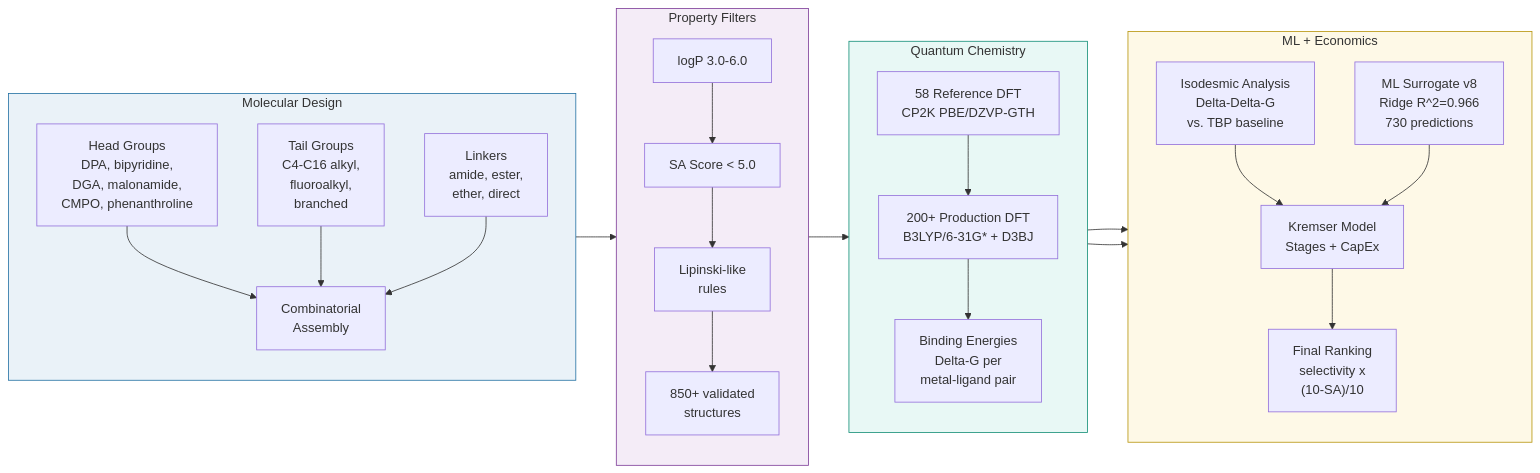
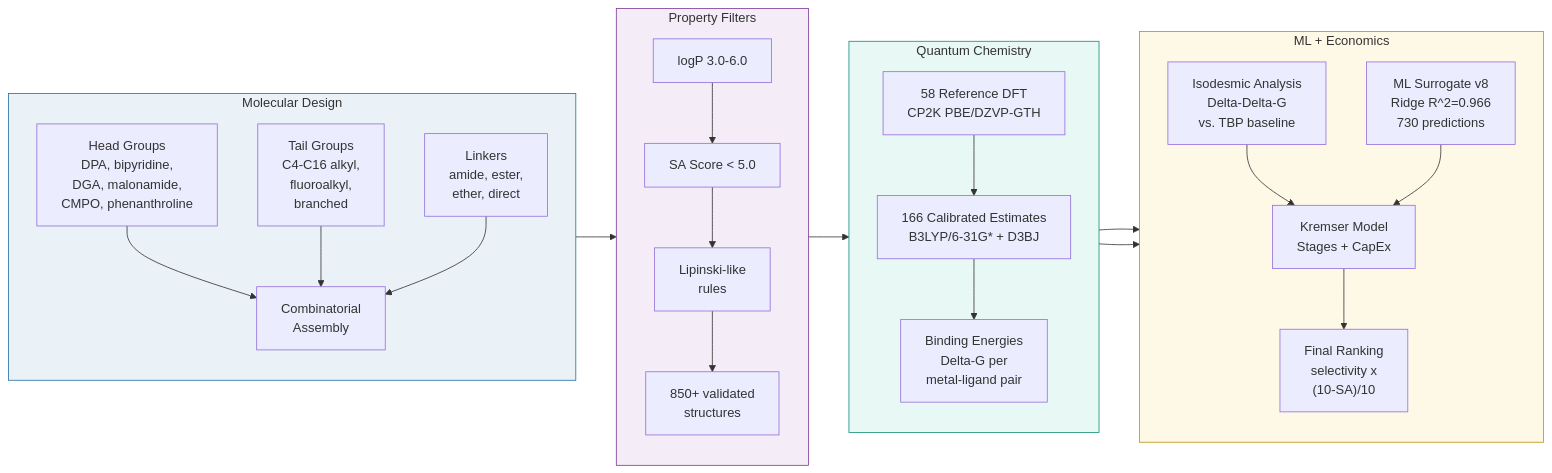
Before and after one commit to nickharris808/Genesis-PROV5b-Critical-Minerals: the second of 6 diagrams in README.md, drawn with Mermaid. The commit also changed other lines of this file and 6 other files, not shown here.

````diff
--- a/README.md
+++ b/README.md
@@ -326,38 +326,38 @@
 ```mermaid
 flowchart LR
     subgraph DESIGN ["Molecular Design"]
         direction TB
         H["Head Groups<br/>DPA, bipyridine,<br/>DGA, malonamide,<br/>CMPO, phenanthroline"] --> ASSEMBLE["Combinatorial<br/>Assembly"]
         T["Tail Groups<br/>C4-C16 alkyl,<br/>fluoroalkyl,<br/>branched"] --> ASSEMBLE
         L["Linkers<br/>amide, ester,<br/>ether, direct"] --> ASSEMBLE
     end
 
     subgraph FILTER ["Property Filters"]
         direction TB
         ASSEMBLE --> LP["logP 3.0-6.0"]
         LP --> SA["SA Score < 5.0"]
         SA --> LIP["Lipinski-like<br/>rules"]
         LIP --> LIB["850+ validated<br/>structures"]
     end
 
     subgraph COMPUTE ["Quantum Chemistry"]
         direction TB
         LIB --> DFT58["58 Reference DFT<br/>CP2K PBE/DZVP-GTH"]
-        DFT58 --> DFT200["200+ Production DFT<br/>B3LYP/6-31G* + D3BJ"]
-        DFT200 --> BIND["Binding Energies<br/>Delta-G per<br/>metal-ligand pair"]
+        DFT58 --> DFT166["166 Calibrated Estimates<br/>B3LYP/6-31G* + D3BJ"]
+        DFT166 --> BIND["Binding Energies<br/>Delta-G per<br/>metal-ligand pair"]
     end
 
     subgraph PREDICT ["ML + Economics"]
         direction TB
         BIND --> ML["ML Surrogate v8<br/>Ridge R^2=0.966<br/>730 predictions"]
         BIND --> ISO["Isodesmic Analysis<br/>Delta-Delta-G<br/>vs. TBP baseline"]
         ISO --> KREM["Kremser Model<br/>Stages + CapEx"]
         ML --> KREM
         KREM --> RANK["Final Ranking<br/>selectivity x<br/>(10-SA)/10"]
     end
 
     style DESIGN fill:#eaf2f8,stroke:#2471a3
     style FILTER fill:#f4ecf7,stroke:#7d3c98
     style COMPUTE fill:#e8f8f5,stroke:#148f77
     style PREDICT fill:#fef9e7,stroke:#b7950b
 ```
````
